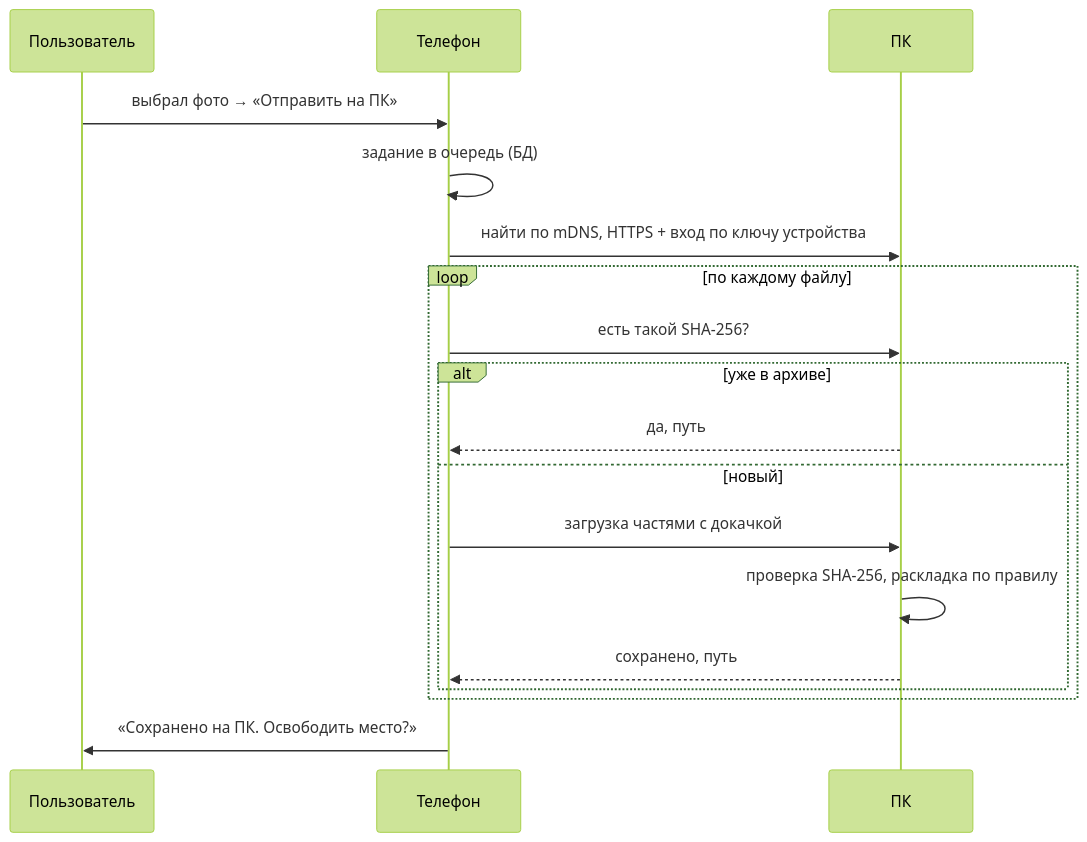
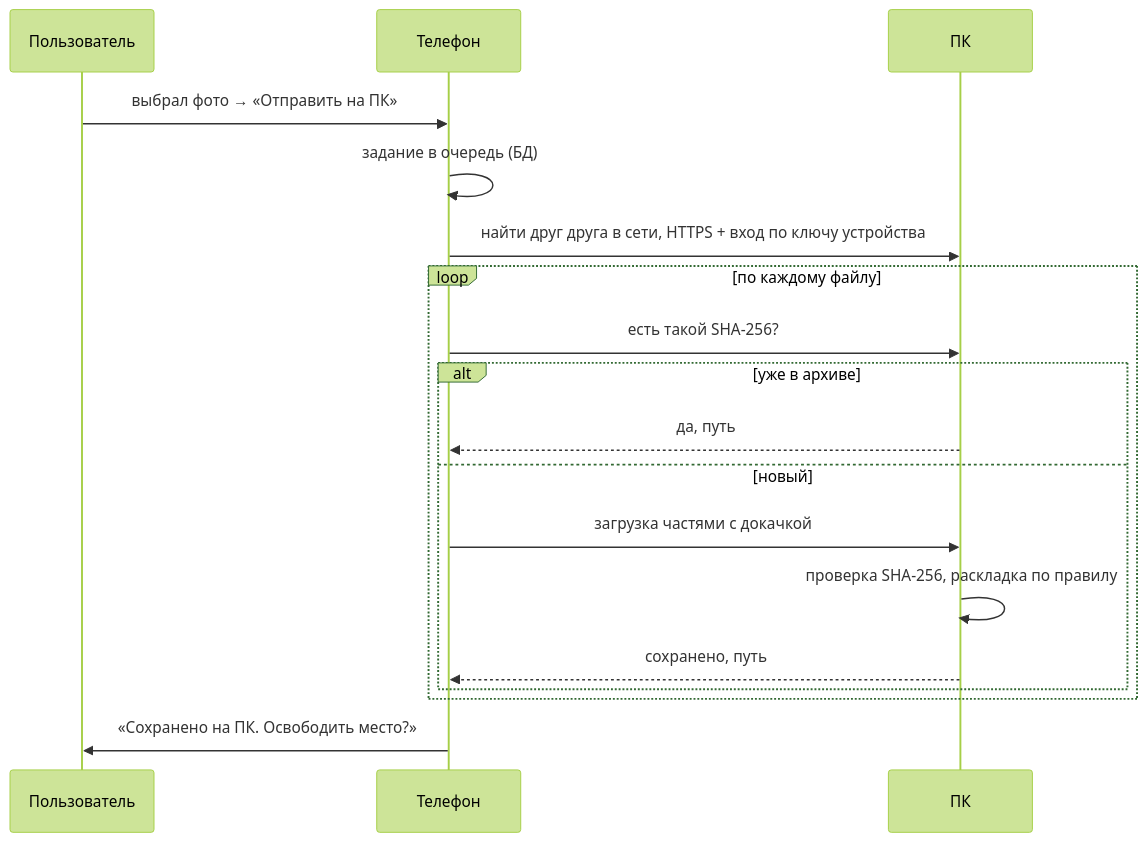
Before and after one commit to intelbetteramd-sys/homeroll: the fourth of 4 diagrams in docs/architecture/overview.md, drawn with Mermaid (forest theme). The commit also changed other lines of this file and 5 other files, not shown here.

````diff
--- a/docs/architecture/overview.md
+++ b/docs/architecture/overview.md
@@ -125,20 +125,20 @@
 ```mermaid
 sequenceDiagram
   participant U as Пользователь
   participant P as Телефон
   participant D as ПК
   U->>P: выбрал фото → «Отправить на ПК»
   P->>P: задание в очередь (БД)
-  P->>D: найти по mDNS, HTTPS + вход по ключу устройства
+  P->>D: найти друг друга в сети, HTTPS + вход по ключу устройства
   loop по каждому файлу
     P->>D: есть такой SHA-256?
     alt уже в архиве
       D-->>P: да, путь
     else новый
       P->>D: загрузка частями с докачкой
       D->>D: проверка SHA-256, раскладка по правилу
       D-->>P: сохранено, путь
     end
   end
   P->>U: «Сохранено на ПК. Освободить место?»
 ```
````
